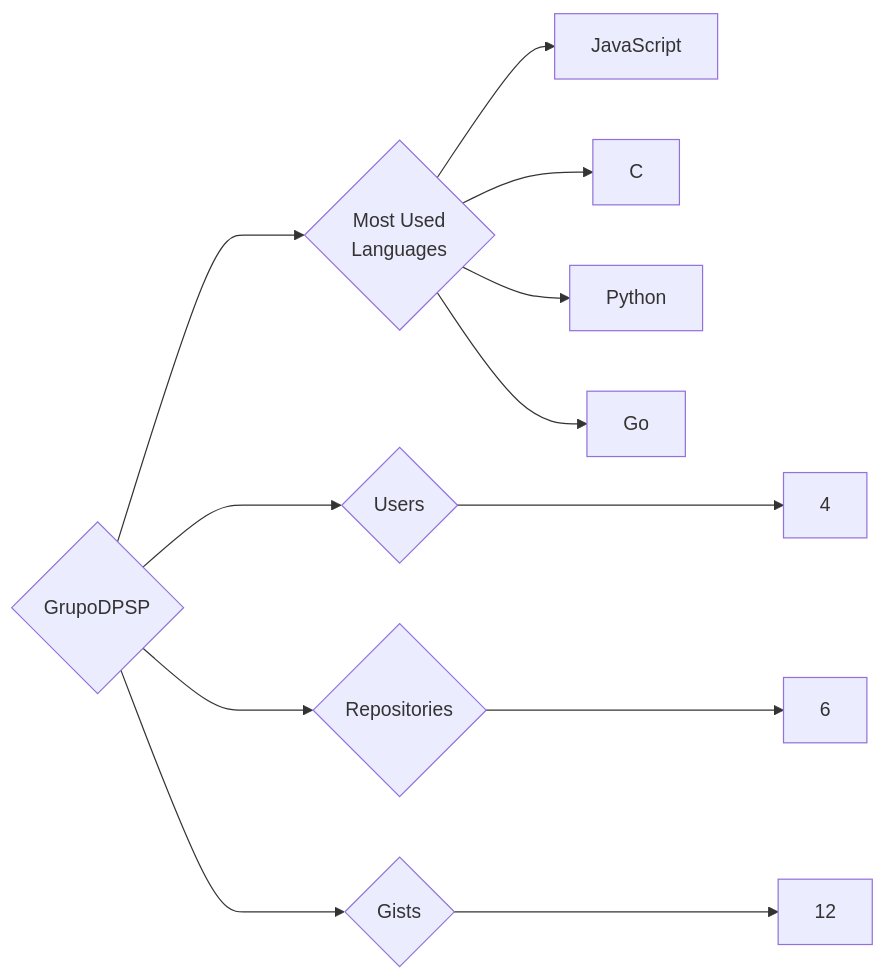
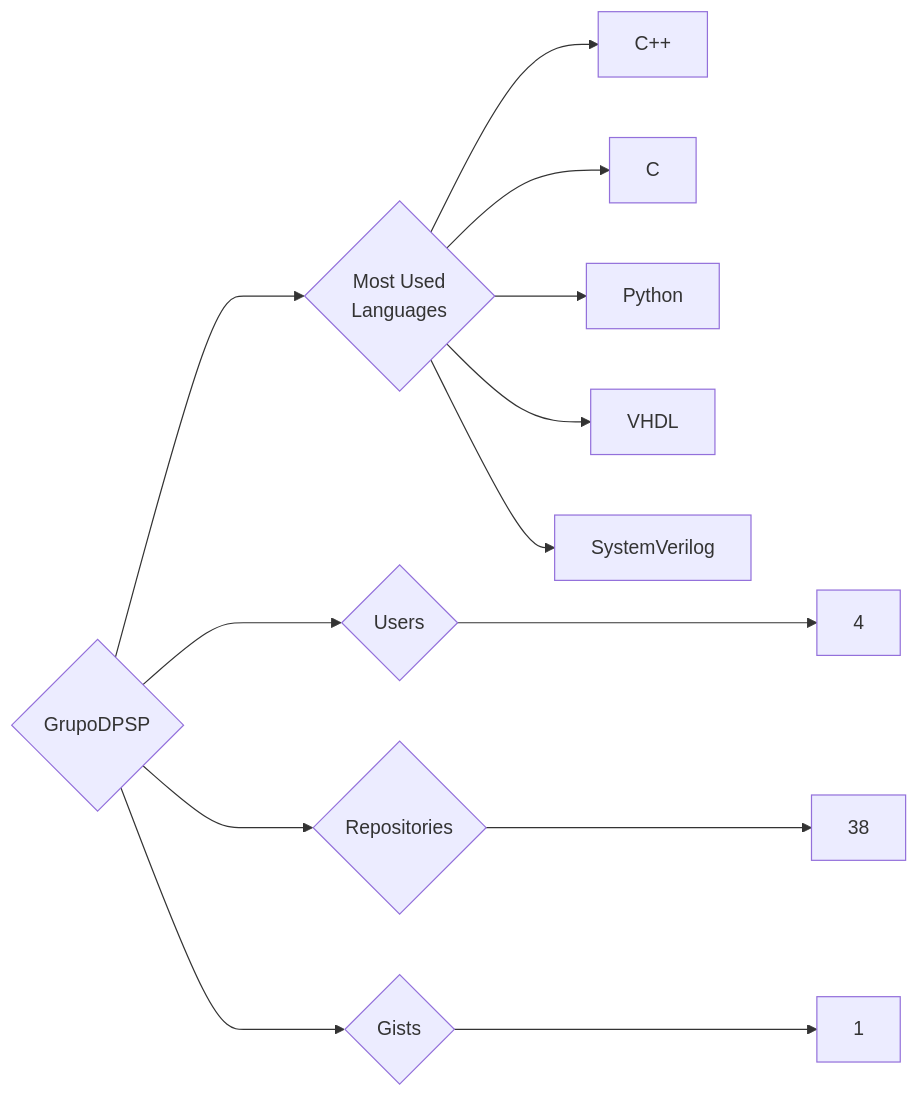
Before and after one commit to trickest/insiders: the diagram in targets/GrupoDPSP/README.md, drawn with Mermaid. The commit also changed 938 other files, not shown here.

````diff
--- a/targets/GrupoDPSP/README.md
+++ b/targets/GrupoDPSP/README.md
@@ -3,12 +3,13 @@
 ```mermaid
 graph LR
 COMPANY_NAME{GrupoDPSP}
 COMPANY_NAME ---> U{Users} ---> UN[4]
-COMPANY_NAME ---> R{Repositories} ---> RN[6]
-COMPANY_NAME ---> G{Gists} ---> GN[12]
+COMPANY_NAME ---> R{Repositories} ---> RN[38]
+COMPANY_NAME ---> G{Gists} ---> GN[1]
 COMPANY_NAME ---> ML{Most Used<br>Languages}
-ML --> JavaScript[JavaScript]
+ML --> C++[C++]
 ML --> C[C]
 ML --> Python[Python]
-ML --> Go[Go]
+ML --> VHDL[VHDL]
+ML --> SystemVerilog[SystemVerilog]
 ```
````
